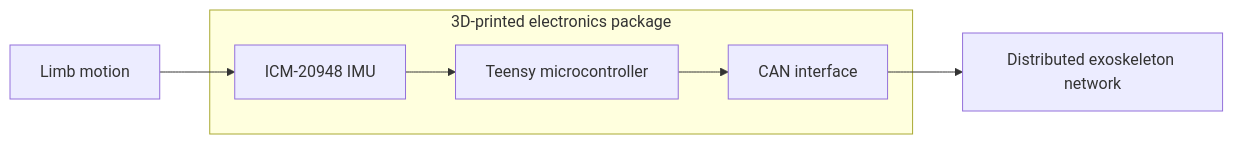
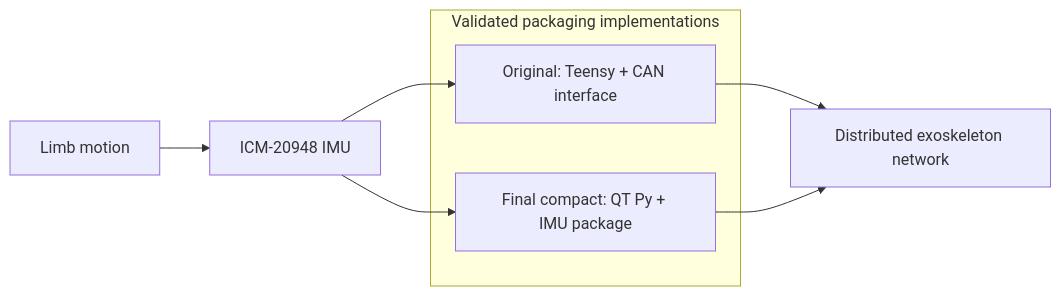
Before and after one commit to eikahn922/exoskeleton_SensorPlacementProject: the diagram in README.md, drawn with Mermaid. The commit also changed other lines of this file and 18 other files, not shown here.

Commit message:
Add compact QT Py packaging project

````diff
--- a/README.md
+++ b/README.md
@@ -31,9 +32,12 @@
 ```mermaid
 flowchart LR
-    Motion["Limb motion"] --> IMU
-    subgraph Package["3D-printed electronics package"]
-        IMU["ICM-20948 IMU"] --> MCU["Teensy microcontroller"]
-        MCU --> CAN["CAN interface"]
+    Motion["Limb motion"] --> IMU["ICM-20948 IMU"]
+    subgraph Packages["Validated packaging implementations"]
+        Original["Original: Teensy + CAN interface"]
+        Compact["Final compact: QT Py + IMU package"]
     end
-    CAN --> Network["Distributed exoskeleton network"]
+    IMU --> Original
+    IMU --> Compact
+    Original --> Network["Distributed exoskeleton network"]
+    Compact --> Network
 ```
````
